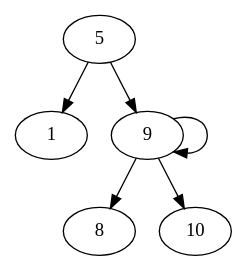
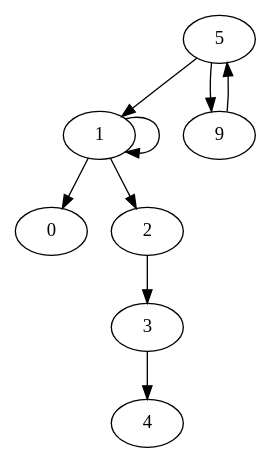
One commit to lusan23/study-log changed the diagram in nodess.gv. Above: the diagram before and after it, drawn with Graphviz. The commit also changed 6 other files, not shown here.

```diff
--- a/nodess.gv
+++ b/nodess.gv
@@ -1,14 +1,20 @@
 digraph G {
 
-1; 
+0; 
 
-8; 
+4; 
 
-10; 
+3 -> 4; 
 
-9 -> 10; 
+2 -> 3; 
 
-9 -> {8,9}; 
+1 -> 2; 
+
+1 -> {0,1}; 
+
+5; 
+
+9 -> 5; 
 
 5 -> {1,9}; 
 }
```
